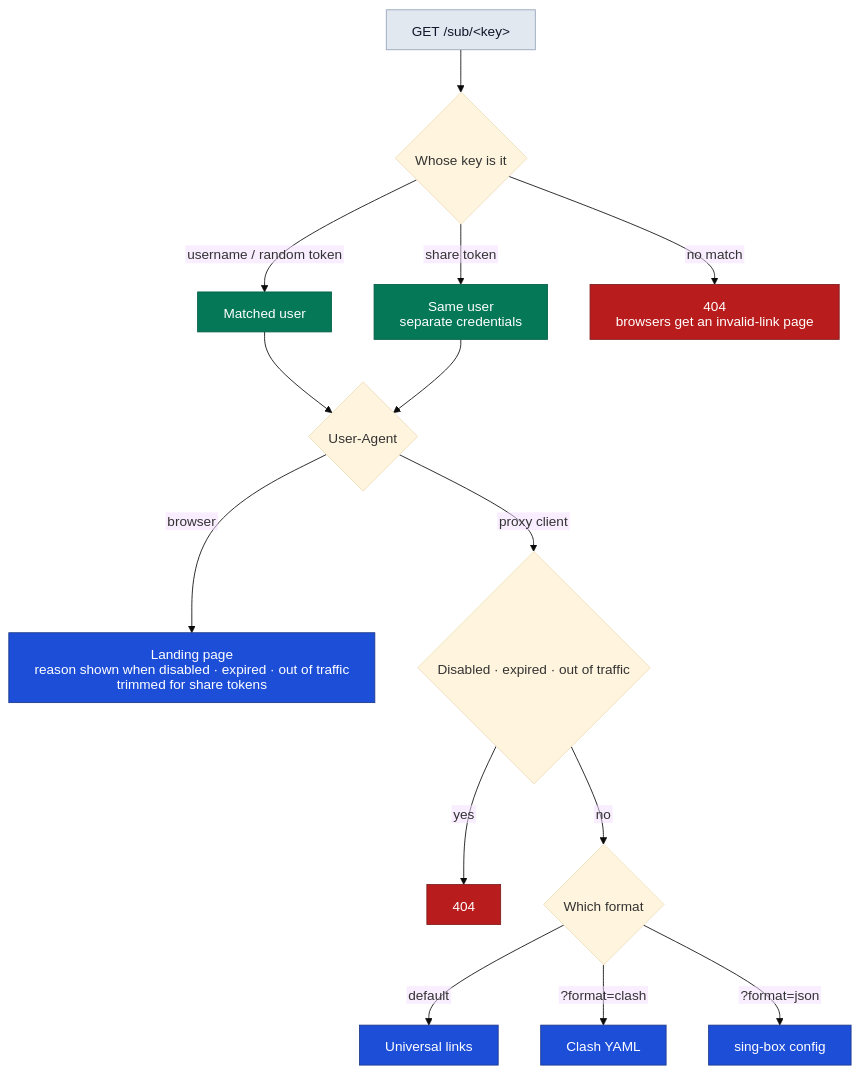
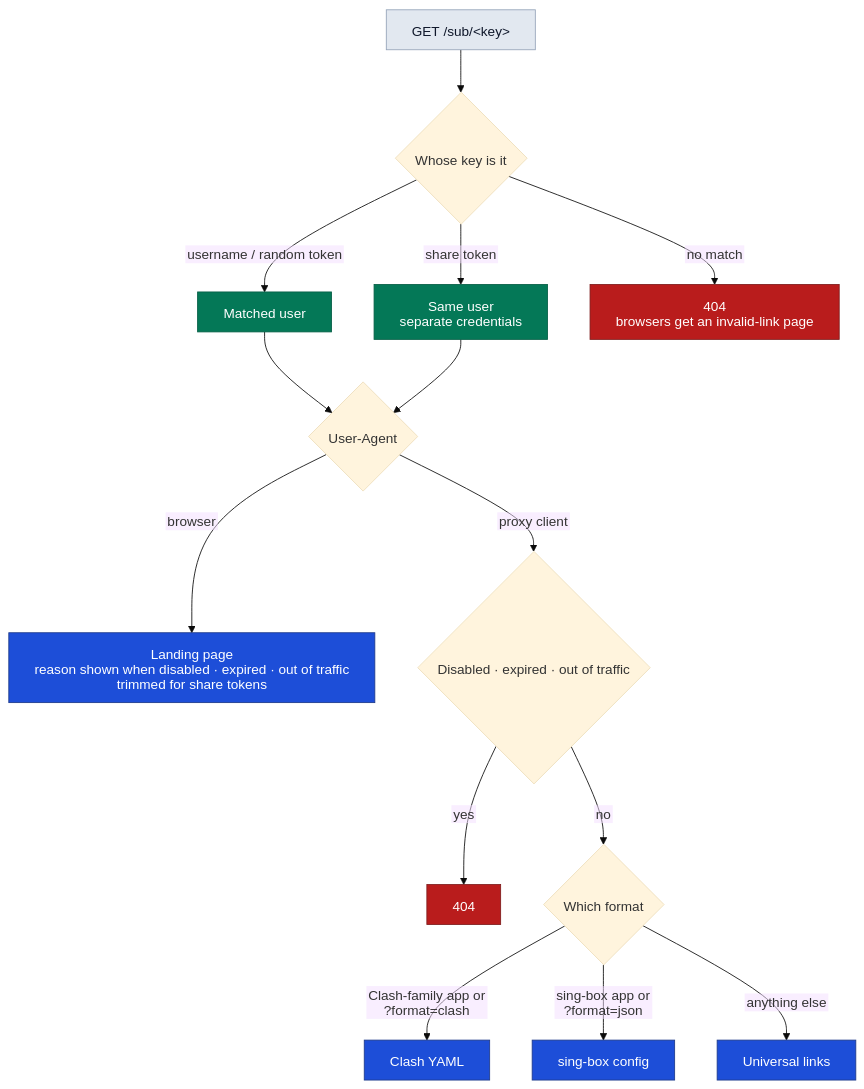
Before and after one commit to Maoyangui/m-ui: the diagram in docs/diagrams/subscription.en.mmd, drawn with Mermaid (base theme). The commit also changed 8 other files, not shown here.

Commit message:
文档:订阅流程图重新出图,写明不带 format 时按客户端自动给格式(Clash 系给 Clash、sing-box 系给 sing-box、其它给通用链接)

```diff
--- a/docs/diagrams/subscription.en.mmd
+++ b/docs/diagrams/subscription.en.mmd
@@ -1,32 +1,32 @@
 ---
 config:
   htmlLabels: false
   markdownAutoWrap: false
   flowchart:
     htmlLabels: false
     wrappingWidth: 600
 ---
 flowchart TD
   Q["GET /sub/&lt;key&gt;"] --> WHO{"Whose key is it"}
   WHO -->|"username / random token"| U["Matched user"]
   WHO -->|"share token"| S["Same user<br/>separate credentials"]
   WHO -->|"no match"| E["404<br/>browsers get an invalid-link page"]
   U --> UA{"User-Agent"}
   S --> UA
   UA -->|"browser"| P["Landing page<br/>reason shown when disabled · expired · out of traffic<br/>trimmed for share tokens"]
   UA -->|"proxy client"| B{"Disabled · expired · out of traffic"}
   B -->|"yes"| X["404"]
   B -->|"no"| F{"Which format"}
-  F -->|"default"| F1["Universal links"]
-  F -->|"?format=clash"| F2["Clash YAML"]
-  F -->|"?format=json"| F3["sing-box config"]
+  F -->|"Clash-family app or ?format=clash"| F2["Clash YAML"]
+  F -->|"sing-box app or ?format=json"| F3["sing-box config"]
+  F -->|"anything else"| F1["Universal links"]
 
   classDef svc fill:#1d4ed8,stroke:#1e3a8a,color:#ffffff,stroke-width:1px
   classDef who fill:#e2e8f0,stroke:#94a3b8,color:#0f172a,stroke-width:1px
   classDef data fill:#334155,stroke:#0f172a,color:#ffffff,stroke-width:1px
   classDef exit fill:#047857,stroke:#065f46,color:#ffffff,stroke-width:1px
   classDef warn fill:#b91c1c,stroke:#7f1d1d,color:#ffffff,stroke-width:1px
   class U,S exit
   class E,X warn
   class P,F1,F2,F3 svc
   class Q who
```
